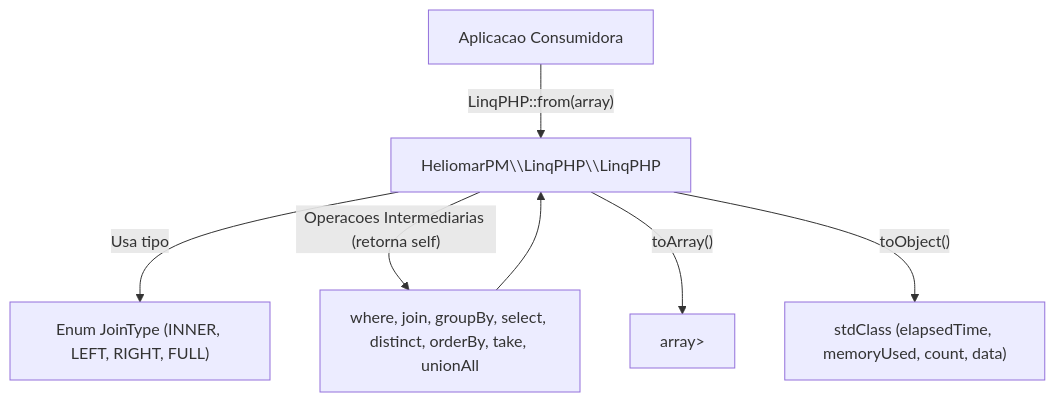
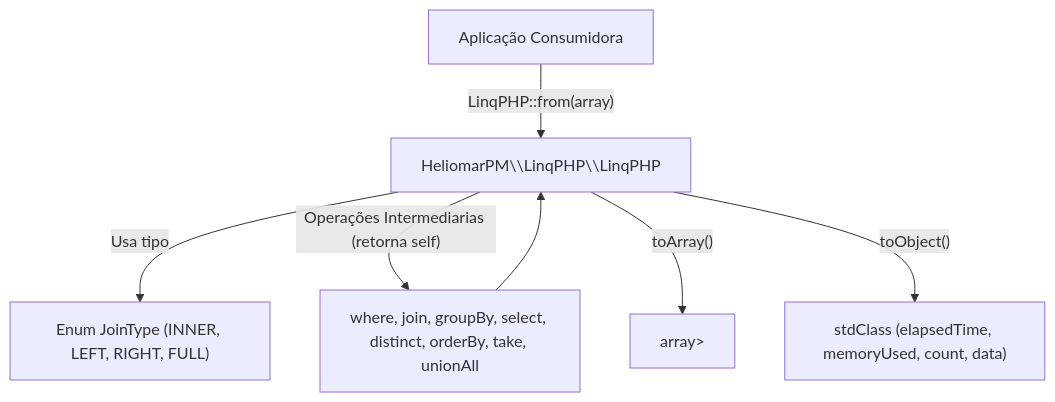
One commit to heliomarpm/linq-php changed the diagram in .agents/ARCHITECTURE.md. Above: the diagram before and after it, drawn with Mermaid. The commit also changed other lines of this file and 8 other files, not shown here.

````diff
--- a/.agents/ARCHITECTURE.md
+++ b/.agents/ARCHITECTURE.md
@@ -16,9 +18,9 @@
 ```mermaid
 graph TD
-    Client["Aplicacao Consumidora"] -->|"LinqPHP::from(array)"| LinqPHP["HeliomarPM\\LinqPHP\\LinqPHP"]
+    Client["Aplicação Consumidora"] -->|"LinqPHP::from(array)"| LinqPHP["HeliomarPM\\LinqPHP\\LinqPHP"]
     LinqPHP -->|"Usa tipo"| JoinType["Enum JoinType (INNER, LEFT, RIGHT, FULL)"]
-    LinqPHP -->|"Operacoes Intermediarias (retorna self)"| FluentPipe["where, join, groupBy, select, distinct, orderBy, take, unionAll"]
+    LinqPHP -->|"Operações Intermediarias (retorna self)"| FluentPipe["where, join, groupBy, select, distinct, orderBy, take, unionAll"]
     FluentPipe --> LinqPHP
     LinqPHP -->|"toArray()"| ArrayOutput["array<int, array<string, mixed>>"]
     LinqPHP -->|"toObject()"| ObjectOutput["stdClass (elapsedTime, memoryUsed, count, data)"]
 ```
````
